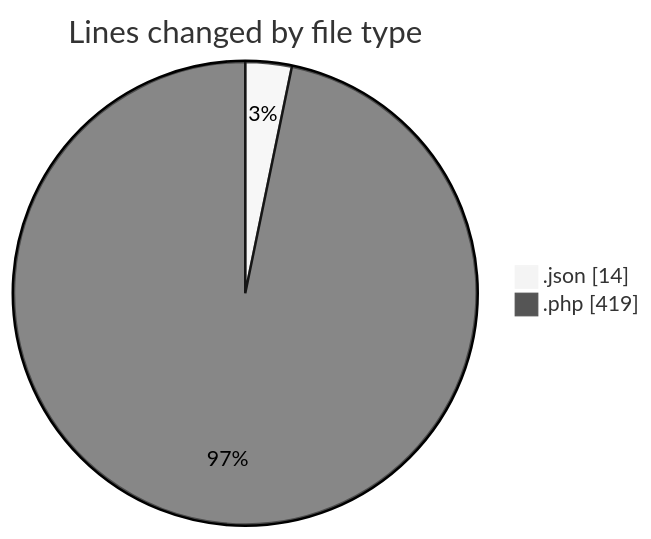
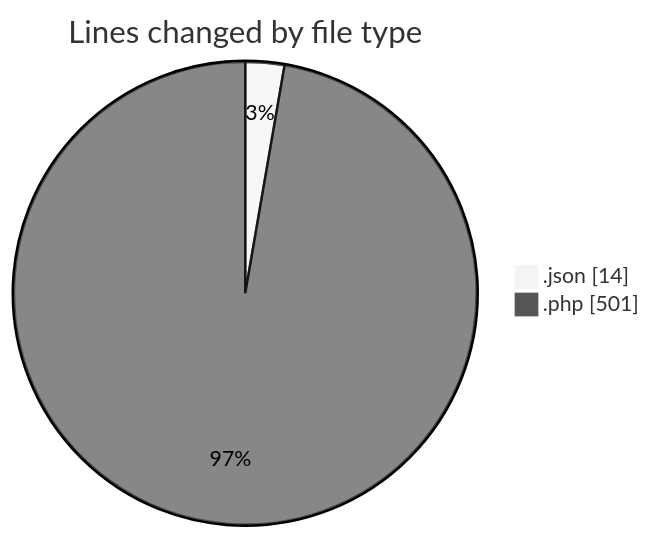
The first of 2 diagrams in 2026-07-27/untitled__workspace_/README.md (debugP/code-tracking), drawn with Mermaid (neutral theme) before and after one commit. The commit also changed other lines of this file and 1 other file, not shown here.

````diff
--- a/2026-07-27/untitled__workspace_/README.md
+++ b/2026-07-27/untitled__workspace_/README.md
@@ -22,6 +22,6 @@
 ```mermaid
 pie showData
 title Lines changed by file type
 ".json" : 14
-".php" : 419
+".php" : 501
 ```
````
